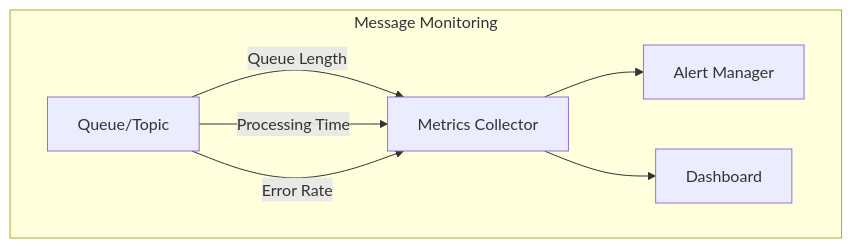
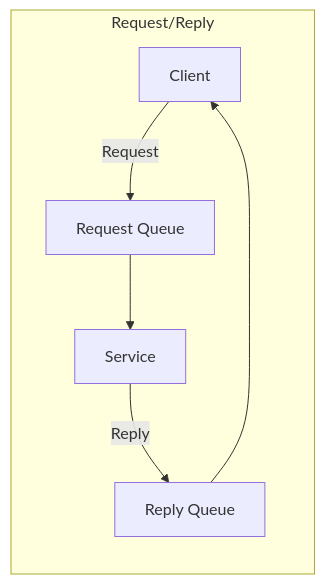
The fourth of 5 diagrams in src/Message_Broker_Architectures.md (saravanakumarrc/Architecture_Journey), drawn with Mermaid before and after one commit. The commit also changed other lines of this file and 7 other files, not shown here.

First line of the commit message:
Refactor Trade-off Analysis documentation and enhance architecture governance models

````diff
--- a/src/Message_Broker_Architectures.md
+++ b/src/Message_Broker_Architectures.md
@@ -406,15 +242,9 @@
 ```mermaid
-graph TB
-    subgraph "Message Monitoring"
-        Q[Queue/Topic]
-        M[Metrics Collector]
-        A[Alert Manager]
-        D[Dashboard]
-        
-        Q -->|Queue Length| M
-        Q -->|Processing Time| M
-        Q -->|Error Rate| M
-        M --> A
-        M --> D
+graph LR
+    subgraph "Request/Reply"
+        C[Client] --> |Request| RQ[Request Queue]
+        RQ --> S[Service]
+        S --> |Reply| RR[Reply Queue]
+        RR --> C
     end
 ```
````
